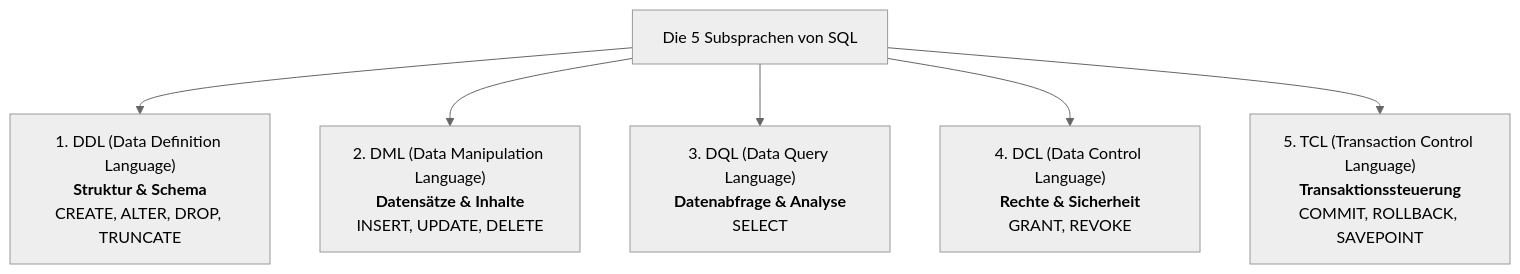
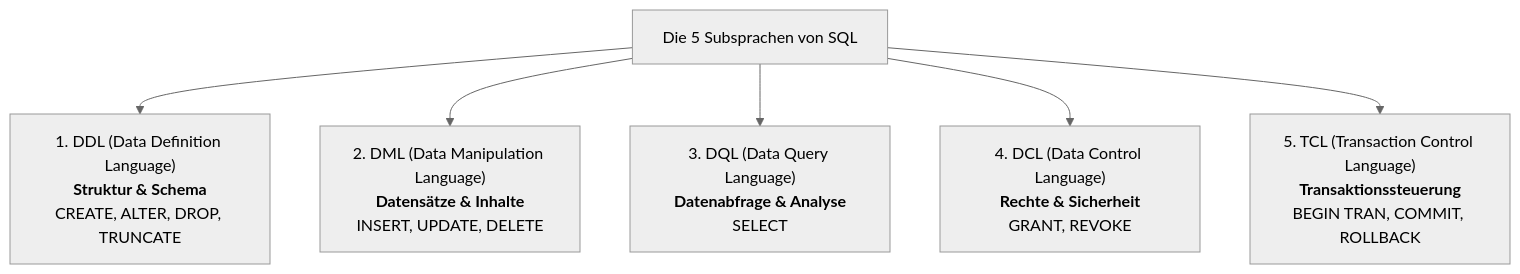
The fifth of 9 diagrams in Day_18/readme.md (T-Boyke/SQL-Fundamentals), drawn with Mermaid (neutral theme) before and after one commit. The commit also changed other lines of this file and 11 other files, not shown here.

````diff
--- a/Day_18/readme.md
+++ b/Day_18/readme.md
@@ -205,10 +248,10 @@
 ```mermaid
 flowchart TD
     SQL["Die 5 Subsprachen von SQL"]
     
     SQL --> DDL["1. DDL (Data Definition Language)<br/><b>Struktur & Schema</b><br/>CREATE, ALTER, DROP, TRUNCATE"]
     SQL --> DML["2. DML (Data Manipulation Language)<br/><b>Datensätze & Inhalte</b><br/>INSERT, UPDATE, DELETE"]
     SQL --> DQL["3. DQL (Data Query Language)<br/><b>Datenabfrage & Analyse</b><br/>SELECT"]
     SQL --> DCL["4. DCL (Data Control Language)<br/><b>Rechte & Sicherheit</b><br/>GRANT, REVOKE"]
-    SQL --> TCL["5. TCL (Transaction Control Language)<br/><b>Transaktionssteuerung</b><br/>COMMIT, ROLLBACK, SAVEPOINT"]
+    SQL --> TCL["5. TCL (Transaction Control Language)<br/><b>Transaktionssteuerung</b><br/>BEGIN TRAN, COMMIT, ROLLBACK"]
 ```
````
